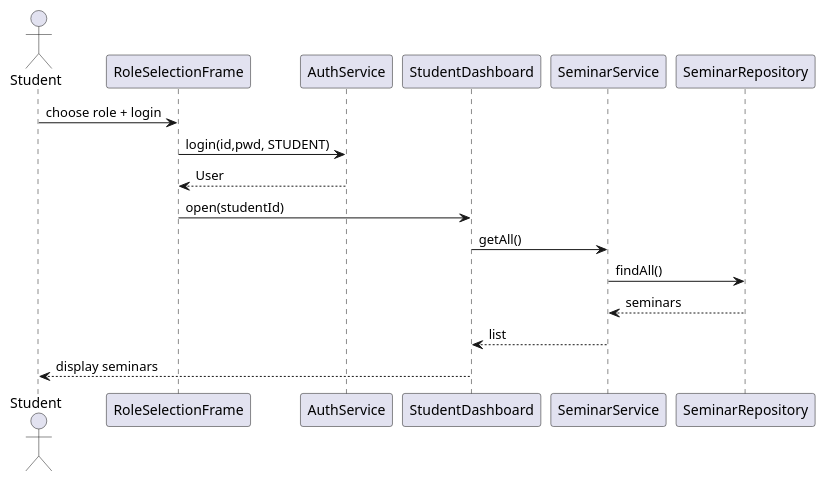
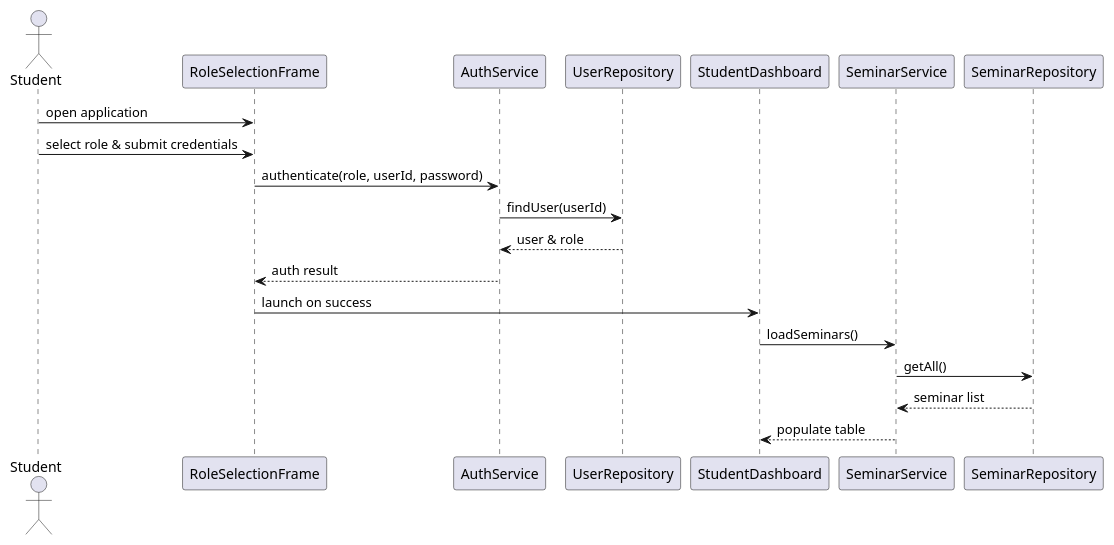
One commit to ASHRAF-2004/Seminar-Management-System changed the diagram in diagrams/sequence_student_view.puml. Above: the diagram before and after it, drawn with PlantUML. The commit also changed 4 other files, not shown here.

Commit message:
Add markdown report and refresh UML diagrams

```diff
--- a/diagrams/sequence_student_view.puml
+++ b/diagrams/sequence_student_view.puml
@@ -1,18 +1,21 @@
 @startuml
 actor Student
 participant RoleSelectionFrame
 participant AuthService
+participant UserRepository
 participant StudentDashboard
 participant SeminarService
 participant SeminarRepository
 
-Student -> RoleSelectionFrame: choose role + login
-RoleSelectionFrame -> AuthService: login(id,pwd, STUDENT)
-AuthService --> RoleSelectionFrame: User
-RoleSelectionFrame -> StudentDashboard: open(studentId)
-StudentDashboard -> SeminarService: getAll()
-SeminarService -> SeminarRepository: findAll()
-SeminarRepository --> SeminarService: seminars
-SeminarService --> StudentDashboard: list
-StudentDashboard --> Student: display seminars
+Student -> RoleSelectionFrame : open application
+Student -> RoleSelectionFrame : select role & submit credentials
+RoleSelectionFrame -> AuthService : authenticate(role, userId, password)
+AuthService -> UserRepository : findUser(userId)
+UserRepository --> AuthService : user & role
+AuthService --> RoleSelectionFrame : auth result
+RoleSelectionFrame -> StudentDashboard : launch on success
+StudentDashboard -> SeminarService : loadSeminars()
+SeminarService -> SeminarRepository : getAll()
+SeminarRepository --> SeminarService : seminar list
+SeminarService --> StudentDashboard : populate table
 @enduml
```
